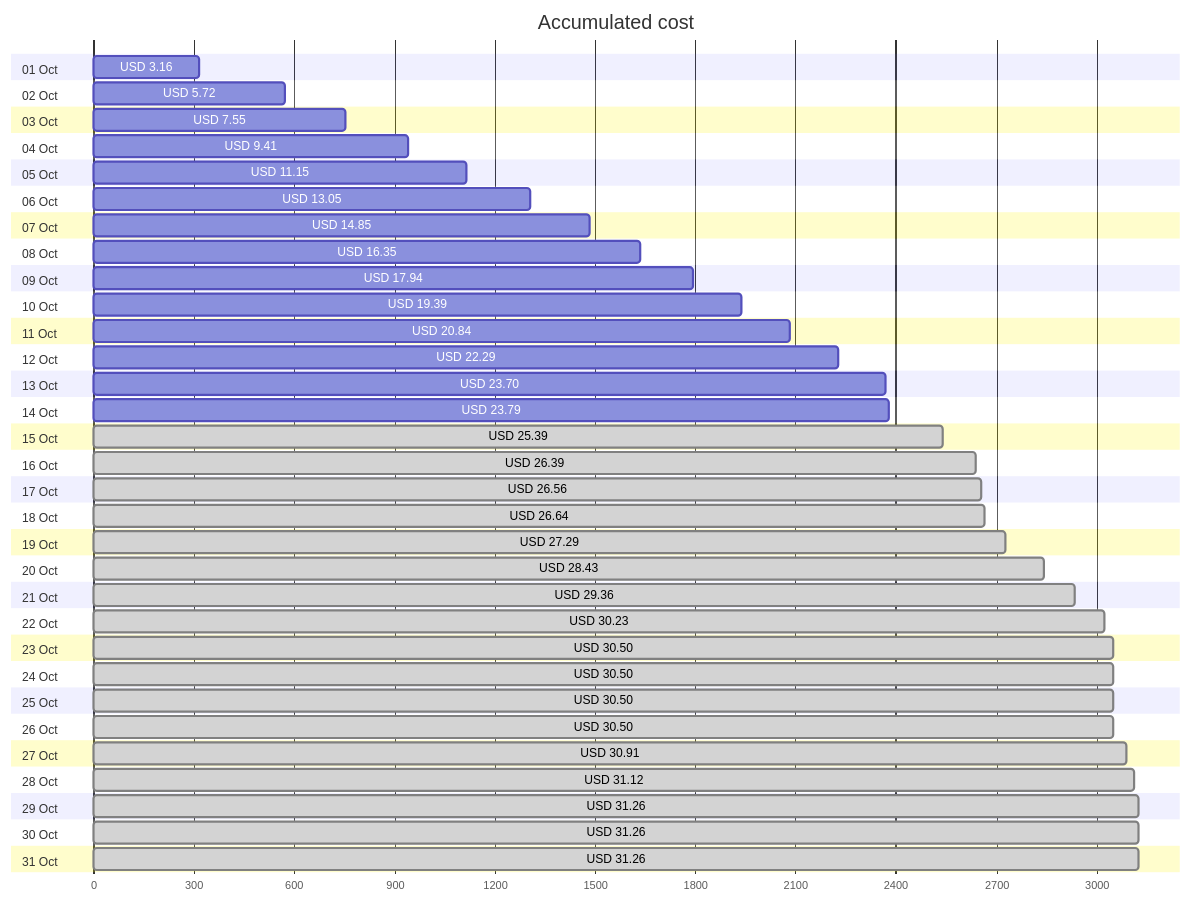
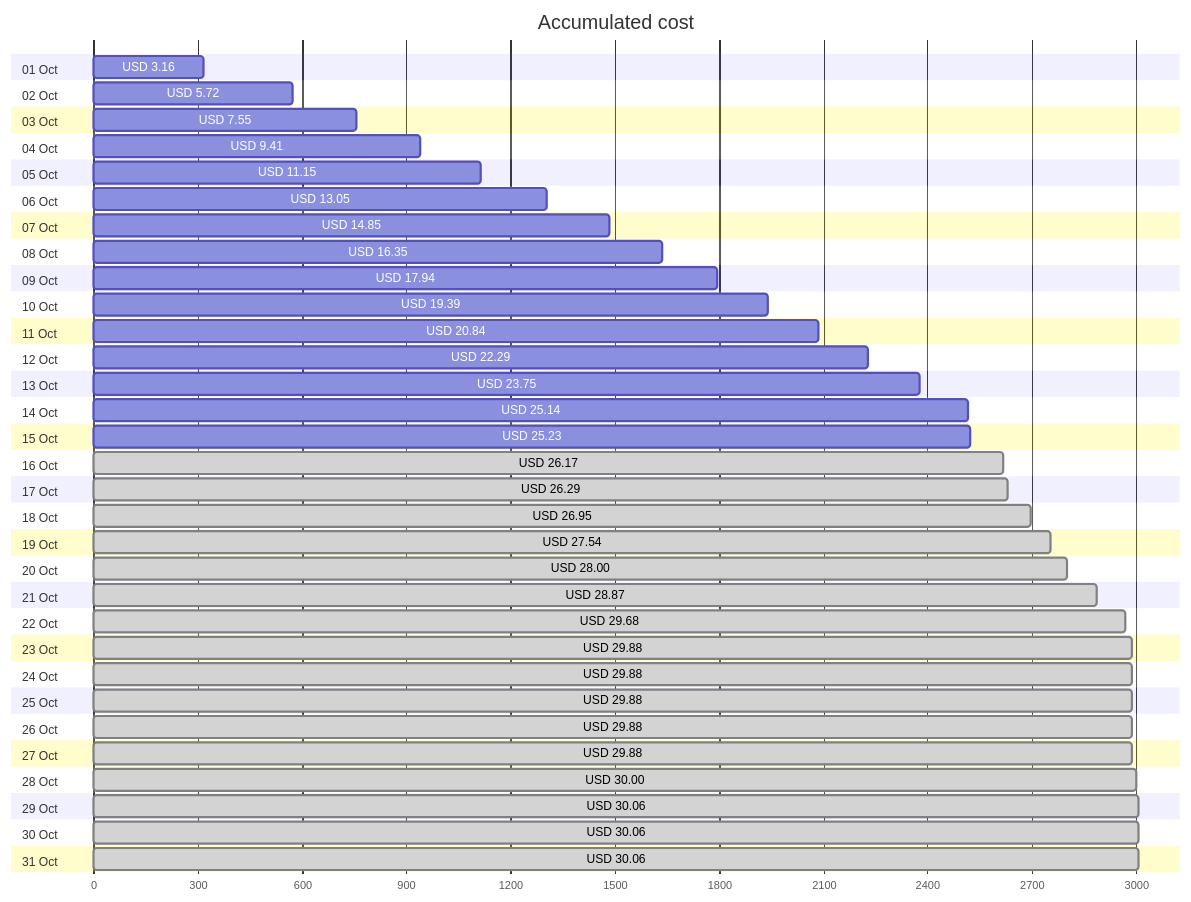
Before and after one commit to jpfulton/azure-personal-reports: the first of 4 diagrams in cost-reports/personal-network/README.md, drawn with Mermaid. The commit also changed other lines of this file and 8 other files, not shown here.

````diff
--- a/cost-reports/personal-network/README.md
+++ b/cost-reports/personal-network/README.md
@@ -20,68 +20,68 @@
 ```mermaid
 gantt
    title Accumulated cost
    dateFormat  X
    axisFormat %s
    section 01 Oct
    USD 3.16 :0, 316
    section 02 Oct
    USD 5.72 :0, 572
    section 03 Oct
    USD 7.55 :0, 755
    section 04 Oct
    USD 9.41 :0, 941
    section 05 Oct
    USD 11.15 :0, 1115
    section 06 Oct
    USD 13.05 :0, 1305
    section 07 Oct
    USD 14.85 :0, 1485
    section 08 Oct
    USD 16.35 :0, 1635
    section 09 Oct
    USD 17.94 :0, 1794
    section 10 Oct
    USD 19.39 :0, 1939
    section 11 Oct
    USD 20.84 :0, 2084
    section 12 Oct
    USD 22.29 :0, 2229
    section 13 Oct
-   USD 23.70 :0, 2370
+   USD 23.75 :0, 2375
    section 14 Oct
-   USD 23.79 :0, 2379
+   USD 25.14 :0, 2514
    section 15 Oct
-   USD 25.39 : done, 0, 2539
+   USD 25.23 :0, 2523
    section 16 Oct
-   USD 26.39 : done, 0, 2639
+   USD 26.17 : done, 0, 2617
    section 17 Oct
-   USD 26.56 : done, 0, 2656
+   USD 26.29 : done, 0, 2629
    section 18 Oct
-   USD 26.64 : done, 0, 2664
+   USD 26.95 : done, 0, 2695
    section 19 Oct
-   USD 27.29 : done, 0, 2729
+   USD 27.54 : done, 0, 2754
    section 20 Oct
-   USD 28.43 : done, 0, 2843
+   USD 28.00 : done, 0, 2800
    section 21 Oct
-   USD 29.36 : done, 0, 2936
+   USD 28.87 : done, 0, 2887
    section 22 Oct
-   USD 30.23 : done, 0, 3023
+   USD 29.68 : done, 0, 2968
    section 23 Oct
-   USD 30.50 : done, 0, 3050
+   USD 29.88 : done, 0, 2988
    section 24 Oct
-   USD 30.50 : done, 0, 3050
+   USD 29.88 : done, 0, 2988
    section 25 Oct
-   USD 30.50 : done, 0, 3050
+   USD 29.88 : done, 0, 2988
    section 26 Oct
-   USD 30.50 : done, 0, 3050
+   USD 29.88 : done, 0, 2988
    section 27 Oct
-   USD 30.91 : done, 0, 3091
+   USD 29.88 : done, 0, 2988
    section 28 Oct
-   USD 31.12 : done, 0, 3112
+   USD 30.00 : done, 0, 3000
    section 29 Oct
-   USD 31.26 : done, 0, 3126
+   USD 30.06 : done, 0, 3006
    section 30 Oct
-   USD 31.26 : done, 0, 3126
+   USD 30.06 : done, 0, 3006
    section 31 Oct
-   USD 31.26 : done, 0, 3126
+   USD 30.06 : done, 0, 3006
 ```
````
